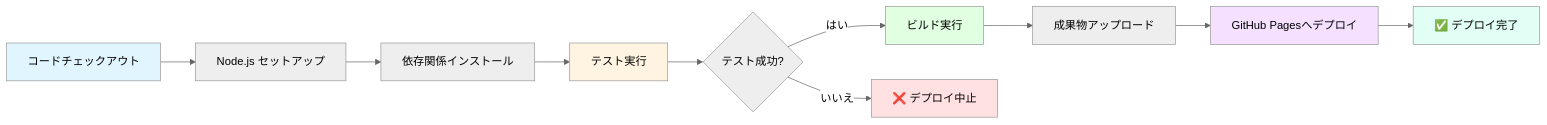
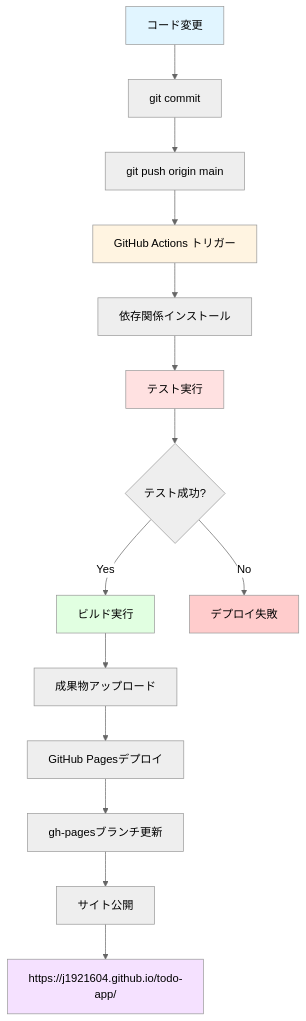
One commit to J1921604/todo-app changed the diagram in GitHub Pagesデプロイ手順.md. Above: the diagram before and after it, drawn with Mermaid (neutral theme). The commit also changed other lines of this file and 2 other files, not shown here.

Commit message:
feat: GitHub Actions自動デプロイワークフローとデプロイ手順書を追加

````diff
--- a/GitHub Pagesデプロイ手順.md
+++ b/GitHub Pagesデプロイ手順.md
@@ -56,19 +266,23 @@
 ```mermaid
-flowchart LR
-    A[コードチェックアウト] --> B[Node.js セットアップ]
-    B --> C[依存関係インストール]
-    C --> D[テスト実行]
-    D --> E{テスト成功?}
-    E -->|はい| F[ビルド実行]
-    E -->|いいえ| G[❌ デプロイ中止]
-    F --> H[成果物アップロード]
-    H --> I[GitHub Pagesへデプロイ]
-    I --> J[✅ デプロイ完了]
+flowchart TD
+    A[コード変更] --> B[git commit]
+    B --> C[git push origin main]
+    C --> D[GitHub Actions トリガー]
+    D --> E[依存関係インストール]
+    E --> F[テスト実行]
+    F --> G{テスト成功?}
+    G -->|Yes| H[ビルド実行]
+    G -->|No| I[デプロイ失敗]
+    H --> J[成果物アップロード]
+    J --> K[GitHub Pagesデプロイ]
+    K --> L[gh-pagesブランチ更新]
+    L --> M[サイト公開]
+    M --> N[https://j1921604.github.io/todo-app/]
     
     style A fill:#e1f5ff
     style D fill:#fff4e1
-    style F fill:#e1ffe1
-    style I fill:#f5e1ff
-    style J fill:#e1fff4
-    style G fill:#ffe1e1
+    style F fill:#ffe1e1
+    style H fill:#e1ffe1
+    style N fill:#f5e1ff
+    style I fill:#ffcccc
 ```
````
